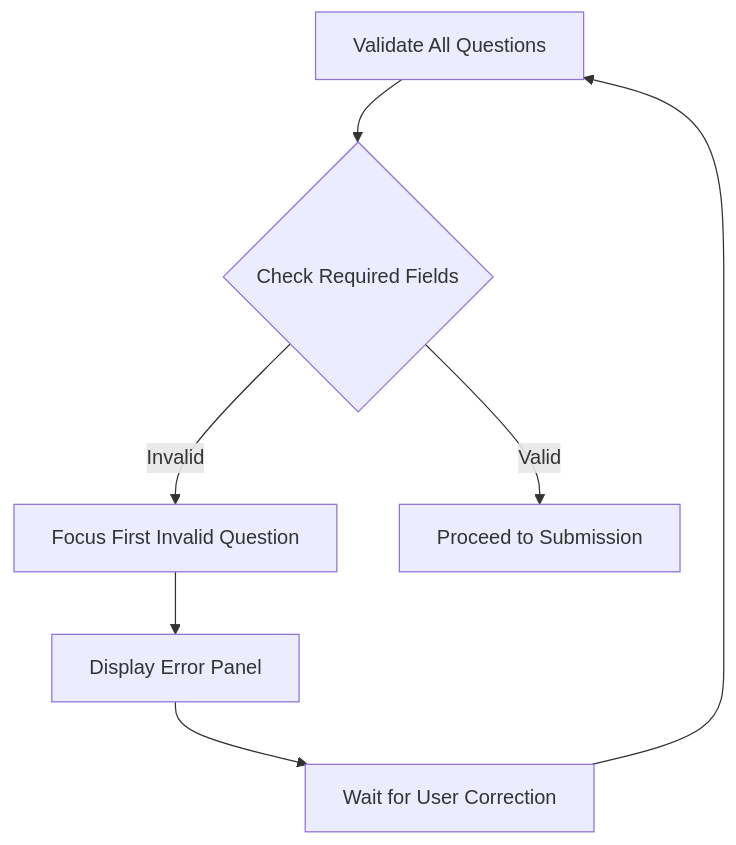
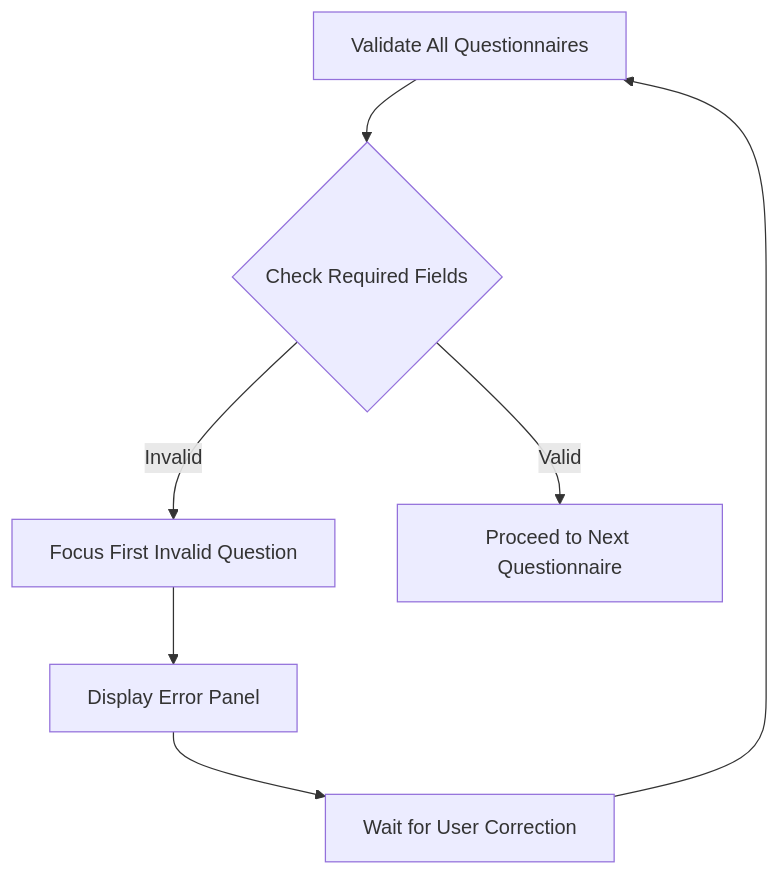
One commit to rudicatsmile/assesment360 changed the fifth of 8 diagrams in .qoder/repowiki/en/content/Core Features/Evaluation Workflows/Questionnaire Filling Interface.md. Above: the diagram before and after it, drawn with Mermaid. The commit also changed other lines of this file and 15 other files, not shown here.

````diff
--- a/.qoder/repowiki/en/content/Core Features/Evaluation Workflows/Questionnaire Filling Interface.md
+++ b/.qoder/repowiki/en/content/Core Features/Evaluation Workflows/Questionnaire Filling Interface.md
@@ -309,9 +298,9 @@
 ```mermaid
 flowchart TD
-Validate["Validate All Questions"] --> CheckRequired{"Check Required Fields"}
+Validate["Validate All Questionnaires"] --> CheckRequired{"Check Required Fields"}
 CheckRequired --> |Invalid| Focus["Focus First Invalid Question"]
 Focus --> ShowErrors["Display Error Panel"]
-CheckRequired --> |Valid| Proceed["Proceed to Submission"]
+CheckRequired --> |Valid| Proceed["Proceed to Next Questionnaire"]
 ShowErrors --> Wait["Wait for User Correction"]
 Wait --> Validate
 ```
````
